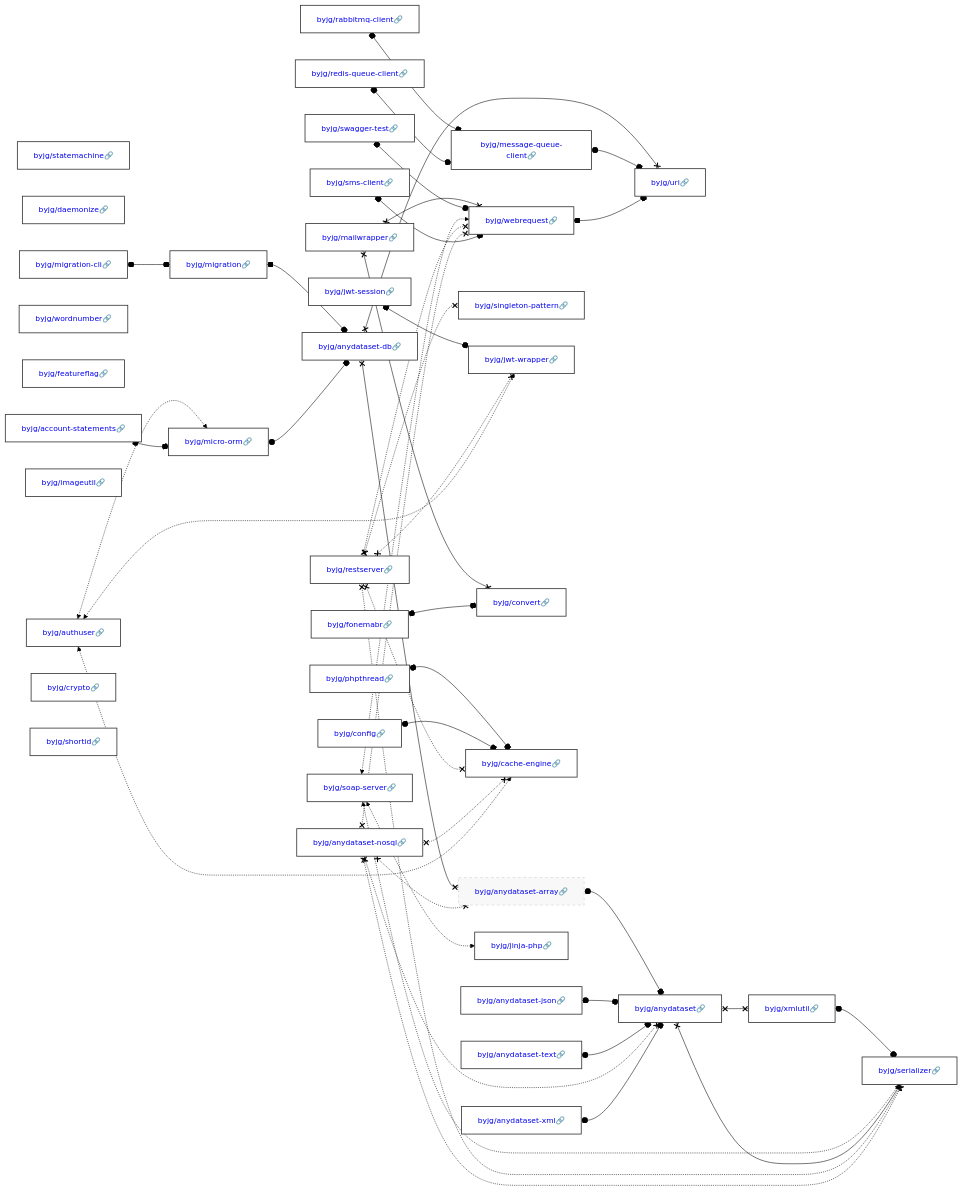
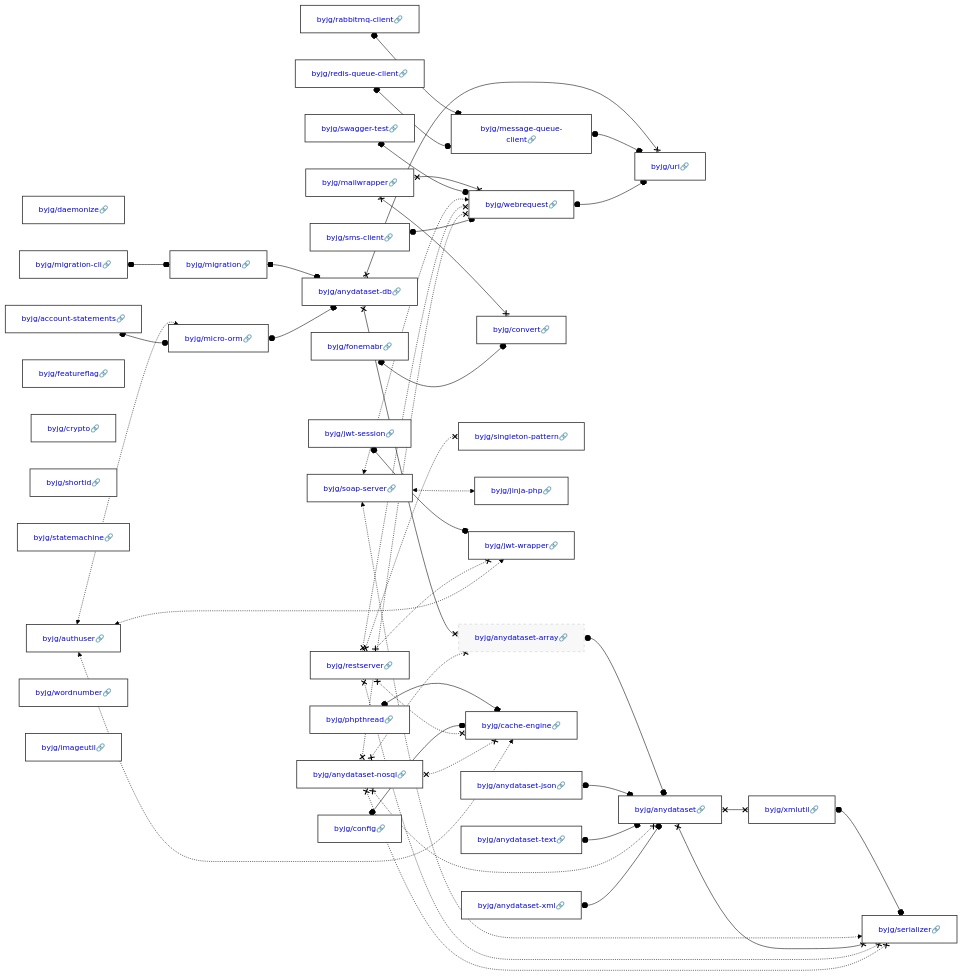
Before and after one commit to byjg/byjg.github.io: the diagram in docs/php/README.md, drawn with Mermaid (forest theme). The commit also changed other lines of this file and 1 other file, not shown here.

Commit message:
Update documentation 'php' 'php-soap-server'

````diff
--- a/docs/php/README.md
+++ b/docs/php/README.md
@@ -3,39 +3,39 @@
 ```mermaid
 graph LR;
+  byjg/anydataset-json[<a href='https://opensource.byjg.com/docs/php/anydataset-json' style='text-decoration:none'>byjg/anydataset-json🔗</a>];
+  byjg/fonemabr[<a href='https://opensource.byjg.com/docs/php/fonemabr' style='text-decoration:none'>byjg/fonemabr🔗</a>];
+  byjg/daemonize[<a href='https://opensource.byjg.com/docs/php/daemonize' style='text-decoration:none'>byjg/daemonize🔗</a>];
+  byjg/rabbitmq-client[<a href='https://opensource.byjg.com/docs/php/rabbitmq-client' style='text-decoration:none'>byjg/rabbitmq-client🔗</a>];
+  byjg/account-statements[<a href='https://opensource.byjg.com/docs/php/account-statements' style='text-decoration:none'>byjg/account-statements🔗</a>];
+  byjg/phpthread[<a href='https://opensource.byjg.com/docs/php/phpthread' style='text-decoration:none'>byjg/phpthread🔗</a>];
+  byjg/mailwrapper[<a href='https://opensource.byjg.com/docs/php/mailwrapper' style='text-decoration:none'>byjg/mailwrapper🔗</a>];
+  byjg/anydataset-text[<a href='https://opensource.byjg.com/docs/php/anydataset-text' style='text-decoration:none'>byjg/anydataset-text🔗</a>];
+  byjg/jwt-session[<a href='https://opensource.byjg.com/docs/php/jwt-session' style='text-decoration:none'>byjg/jwt-session🔗</a>];
+  byjg/restserver[<a href='https://opensource.byjg.com/docs/php/restserver' style='text-decoration:none'>byjg/restserver🔗</a>];
+  byjg/migration-cli[<a href='https://opensource.byjg.com/docs/php/migration-cli' style='text-decoration:none'>byjg/migration-cli🔗</a>];
+  byjg/featureflag[<a href='https://opensource.byjg.com/docs/php/featureflag' style='text-decoration:none'>byjg/featureflag🔗</a>];
+  byjg/crypto[<a href='https://opensource.byjg.com/docs/php/crypto' style='text-decoration:none'>byjg/crypto🔗</a>];
+  byjg/swagger-test[<a href='https://opensource.byjg.com/docs/php/swagger-test' style='text-decoration:none'>byjg/swagger-test🔗</a>];
+  byjg/anydataset-xml[<a href='https://opensource.byjg.com/docs/php/anydataset-xml' style='text-decoration:none'>byjg/anydataset-xml🔗</a>];
+  byjg/shortid[<a href='https://opensource.byjg.com/docs/php/shortid' style='text-decoration:none'>byjg/shortid🔗</a>];
+  byjg/soap-server[<a href='https://opensource.byjg.com/docs/php/soap-server' style='text-decoration:none'>byjg/soap-server🔗</a>];
+  byjg/sms-client[<a href='https://opensource.byjg.com/docs/php/sms-client' style='text-decoration:none'>byjg/sms-client🔗</a>];
   byjg/statemachine[<a href='https://opensource.byjg.com/docs/php/statemachine' style='text-decoration:none'>byjg/statemachine🔗</a>];
-  byjg/anydataset-text[<a href='https://opensource.byjg.com/docs/php/anydataset-text' style='text-decoration:none'>byjg/anydataset-text🔗</a>];
-  byjg/sms-client[<a href='https://opensource.byjg.com/docs/php/sms-client' style='text-decoration:none'>byjg/sms-client🔗</a>];
-  byjg/jwt-session[<a href='https://opensource.byjg.com/docs/php/jwt-session' style='text-decoration:none'>byjg/jwt-session🔗</a>];
-  byjg/daemonize[<a href='https://opensource.byjg.com/docs/php/daemonize' style='text-decoration:none'>byjg/daemonize🔗</a>];
-  byjg/account-statements[<a href='https://opensource.byjg.com/docs/php/account-statements' style='text-decoration:none'>byjg/account-statements🔗</a>];
+  byjg/authuser[<a href='https://opensource.byjg.com/docs/php/authuser' style='text-decoration:none'>byjg/authuser🔗</a>];
+  byjg/config[<a href='https://opensource.byjg.com/docs/php/config' style='text-decoration:none'>byjg/config🔗</a>];
+  byjg/wordnumber[<a href='https://opensource.byjg.com/docs/php/wordnumber' style='text-decoration:none'>byjg/wordnumber🔗</a>];
+  byjg/anydataset-nosql[<a href='https://opensource.byjg.com/docs/php/anydataset-nosql' style='text-decoration:none'>byjg/anydataset-nosql🔗</a>];
+  byjg/imageutil[<a href='https://opensource.byjg.com/docs/php/imageutil' style='text-decoration:none'>byjg/imageutil🔗</a>];
   byjg/redis-queue-client[<a href='https://opensource.byjg.com/docs/php/redis-queue-client' style='text-decoration:none'>byjg/redis-queue-client🔗</a>];
-  byjg/wordnumber[<a href='https://opensource.byjg.com/docs/php/wordnumber' style='text-decoration:none'>byjg/wordnumber🔗</a>];
-  byjg/phpthread[<a href='https://opensource.byjg.com/docs/php/phpthread' style='text-decoration:none'>byjg/phpthread🔗</a>];
-  byjg/swagger-test[<a href='https://opensource.byjg.com/docs/php/swagger-test' style='text-decoration:none'>byjg/swagger-test🔗</a>];
-  byjg/restserver[<a href='https://opensource.byjg.com/docs/php/restserver' style='text-decoration:none'>byjg/restserver🔗</a>];
-  byjg/featureflag[<a href='https://opensource.byjg.com/docs/php/featureflag' style='text-decoration:none'>byjg/featureflag🔗</a>];
-  byjg/anydataset-xml[<a href='https://opensource.byjg.com/docs/php/anydataset-xml' style='text-decoration:none'>byjg/anydataset-xml🔗</a>];
-  byjg/authuser[<a href='https://opensource.byjg.com/docs/php/authuser' style='text-decoration:none'>byjg/authuser🔗</a>];
-  byjg/mailwrapper[<a href='https://opensource.byjg.com/docs/php/mailwrapper' style='text-decoration:none'>byjg/mailwrapper🔗</a>];
-  byjg/imageutil[<a href='https://opensource.byjg.com/docs/php/imageutil' style='text-decoration:none'>byjg/imageutil🔗</a>];
-  byjg/migration-cli[<a href='https://opensource.byjg.com/docs/php/migration-cli' style='text-decoration:none'>byjg/migration-cli🔗</a>];
-  byjg/crypto[<a href='https://opensource.byjg.com/docs/php/crypto' style='text-decoration:none'>byjg/crypto🔗</a>];
-  byjg/config[<a href='https://opensource.byjg.com/docs/php/config' style='text-decoration:none'>byjg/config🔗</a>];
-  byjg/fonemabr[<a href='https://opensource.byjg.com/docs/php/fonemabr' style='text-decoration:none'>byjg/fonemabr🔗</a>];
-  byjg/anydataset-nosql[<a href='https://opensource.byjg.com/docs/php/anydataset-nosql' style='text-decoration:none'>byjg/anydataset-nosql🔗</a>];
-  byjg/rabbitmq-client[<a href='https://opensource.byjg.com/docs/php/rabbitmq-client' style='text-decoration:none'>byjg/rabbitmq-client🔗</a>];
-  byjg/shortid[<a href='https://opensource.byjg.com/docs/php/shortid' style='text-decoration:none'>byjg/shortid🔗</a>];
-  byjg/anydataset-json[<a href='https://opensource.byjg.com/docs/php/anydataset-json' style='text-decoration:none'>byjg/anydataset-json🔗</a>];
-  byjg/soap-server[<a href='https://opensource.byjg.com/docs/php/soap-server' style='text-decoration:none'>byjg/soap-server🔗</a>];
+  byjg/convert[<a href='https://opensource.byjg.com/docs/php/convert' style='text-decoration:none'>byjg/convert🔗</a>];
   byjg/singleton-pattern[<a href='https://opensource.byjg.com/docs/php/singleton-pattern' style='text-decoration:none'>byjg/singleton-pattern🔗</a>];
+  byjg/migration[<a href='https://opensource.byjg.com/docs/php/migration' style='text-decoration:none'>byjg/migration🔗</a>];
+  byjg/jinja-php[<a href='https://opensource.byjg.com/docs/php/jinja-php' style='text-decoration:none'>byjg/jinja-php🔗</a>];
   byjg/micro-orm[<a href='https://opensource.byjg.com/docs/php/micro-orm' style='text-decoration:none'>byjg/micro-orm🔗</a>];
   byjg/jwt-wrapper[<a href='https://opensource.byjg.com/docs/php/jwt-wrapper' style='text-decoration:none'>byjg/jwt-wrapper🔗</a>];
-  byjg/migration[<a href='https://opensource.byjg.com/docs/php/migration' style='text-decoration:none'>byjg/migration🔗</a>];
-  byjg/convert[<a href='https://opensource.byjg.com/docs/php/convert' style='text-decoration:none'>byjg/convert🔗</a>];
+  byjg/webrequest[<a href='https://opensource.byjg.com/docs/php/webrequest' style='text-decoration:none'>byjg/webrequest🔗</a>];
   byjg/cache-engine[<a href='https://opensource.byjg.com/docs/php/cache-engine' style='text-decoration:none'>byjg/cache-engine🔗</a>];
   byjg/message-queue-client[<a href='https://opensource.byjg.com/docs/php/message-queue-client' style='text-decoration:none'>byjg/message-queue-client🔗</a>];
-  byjg/jinja-php[<a href='https://opensource.byjg.com/docs/php/jinja-php' style='text-decoration:none'>byjg/jinja-php🔗</a>];
-  byjg/webrequest[<a href='https://opensource.byjg.com/docs/php/webrequest' style='text-decoration:none'>byjg/webrequest🔗</a>];
   byjg/anydataset-db[<a href='https://opensource.byjg.com/docs/php/anydataset-db' style='text-decoration:none'>byjg/anydataset-db🔗</a>];
   byjg/anydataset-array[<a href='https://opensource.byjg.com/docs/php/anydataset-array' style='text-decoration:none'>byjg/anydataset-array🔗</a>];
   byjg/uri[<a href='https://opensource.byjg.com/docs/php/uri' style='text-decoration:none'>byjg/uri🔗</a>];
````
